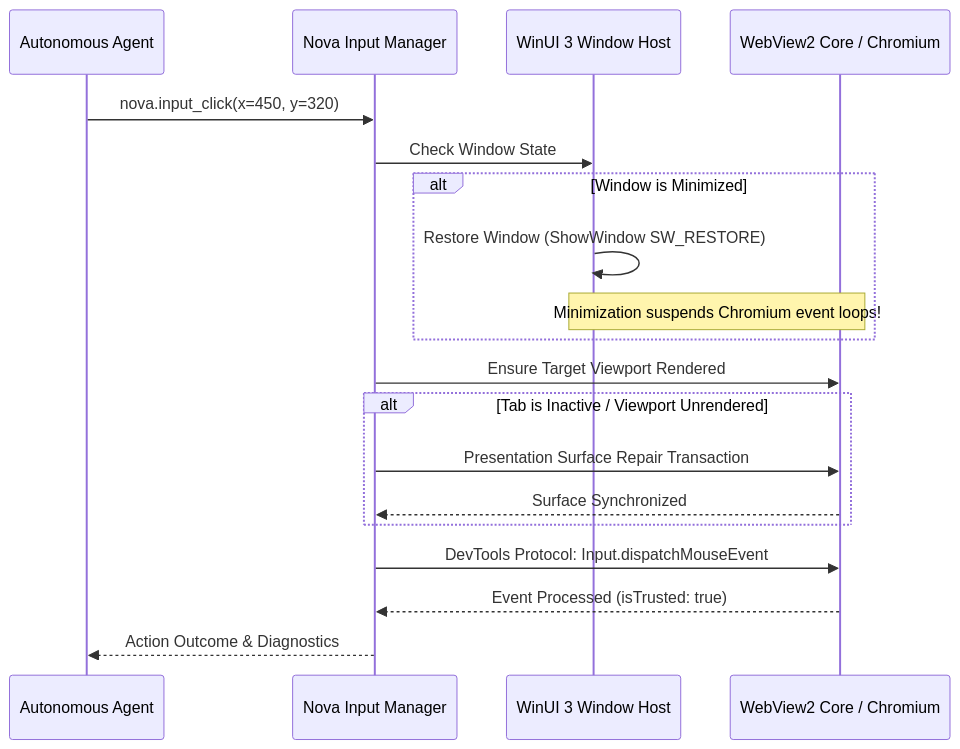
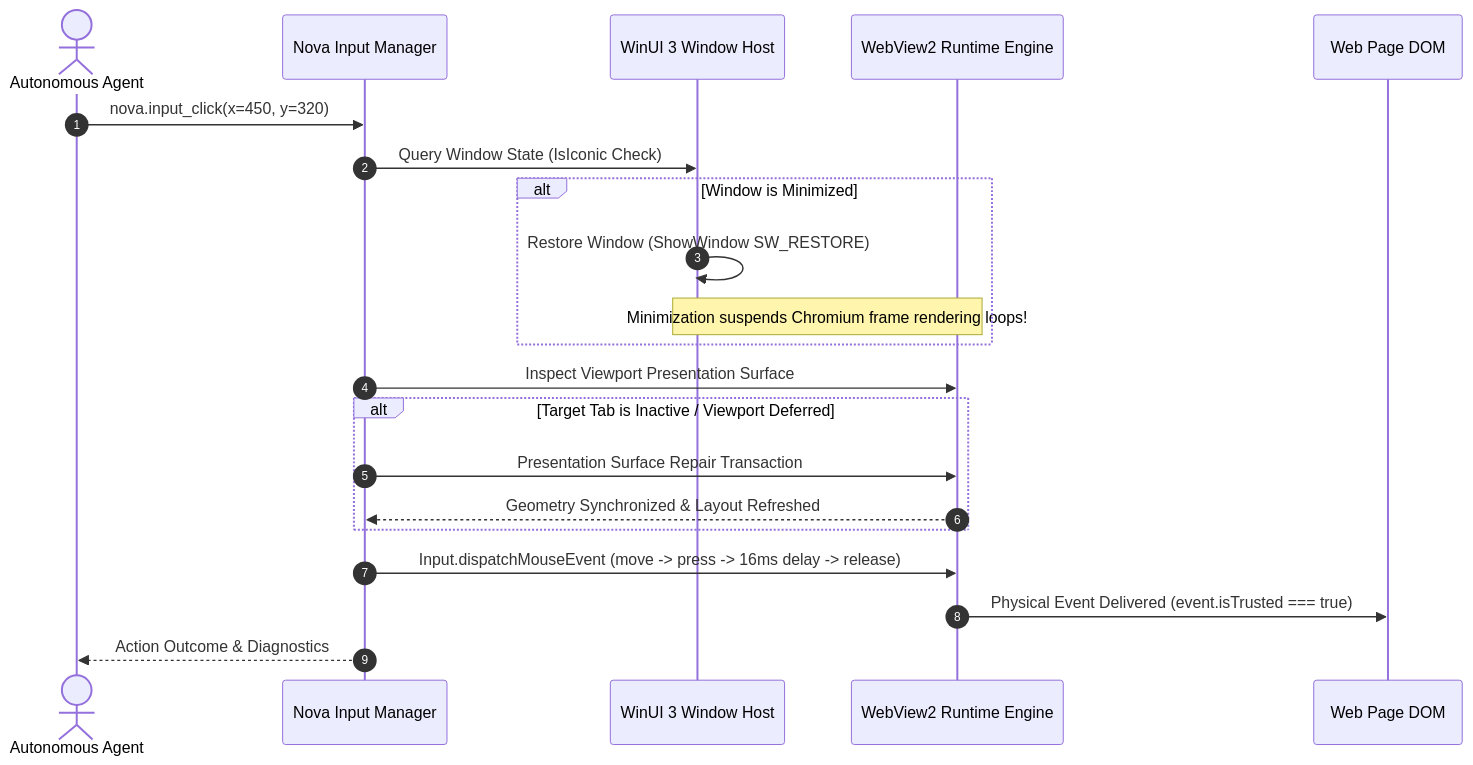
The third of 4 diagrams in docs/core-features/browser-interaction/README.md (joelaniol/nova), drawn with Mermaid before and after one commit. The commit also changed other lines of this file and 6 other files, not shown here.

Commit message:
docs(browser-interaction): expand architectural reference with input dispatch, drag polyfill, and guarded macros

````diff
--- a/docs/core-features/browser-interaction/README.md
+++ b/docs/core-features/browser-interaction/README.md
@@ -111,25 +112,26 @@
 ```mermaid
 sequenceDiagram
-    participant Agent as Autonomous Agent
+    autonumber
+    actor Agent as Autonomous Agent
     participant Nova as Nova Input Manager
     participant WinUI as WinUI 3 Window Host
-    participant WebView as WebView2 Core / Chromium
+    participant Core as WebView2 Runtime Engine
+    participant Page as Web Page DOM
 
     Agent->>Nova: nova.input_click(x=450, y=320)
-    Nova->>WinUI: Check Window State
-
+    Nova->>WinUI: Query Window State (IsIconic Check)
     alt Window is Minimized
         WinUI->>WinUI: Restore Window (ShowWindow SW_RESTORE)
-        Note over WinUI,WebView: Minimization suspends Chromium event loops!
+        Note over WinUI,Core: Minimization suspends Chromium frame rendering loops!
     end
 
-    Nova->>WebView: Ensure Target Viewport Rendered
-    alt Tab is Inactive / Viewport Unrendered
-        Nova->>WebView: Presentation Surface Repair Transaction
-        WebView-->>Nova: Surface Synchronized
+    Nova->>Core: Inspect Viewport Presentation Surface
+    alt Target Tab is Inactive / Viewport Deferred
+        Nova->>Core: Presentation Surface Repair Transaction
+        Core-->>Nova: Geometry Synchronized & Layout Refreshed
     end
 
-    Nova->>WebView: DevTools Protocol: Input.dispatchMouseEvent
-    WebView-->>Nova: Event Processed (isTrusted: true)
+    Nova->>Core: Input.dispatchMouseEvent (move -> press -> 16ms delay -> release)
+    Core->>Page: Physical Event Delivered (event.isTrusted === true)
     Nova-->>Agent: Action Outcome & Diagnostics
 ```
````
